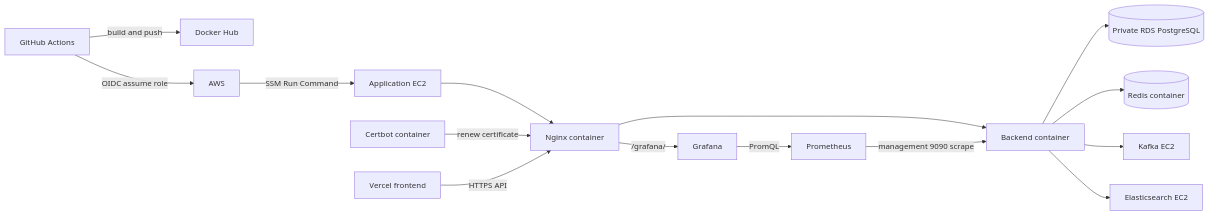
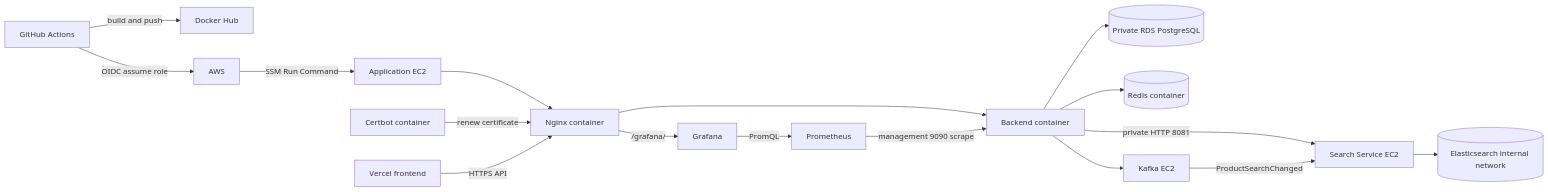
One commit to xixvivji/SKALA-shop-api changed the diagram in deploy/README.md. Above: the diagram before and after it, drawn with Mermaid. The commit also changed other lines of this file and 3 other files, not shown here.

````diff
--- a/deploy/README.md
+++ b/deploy/README.md
@@ -117,17 +117,19 @@
 ```mermaid
 flowchart LR
     GH[GitHub Actions] -->|build and push| DH[Docker Hub]
     GH -->|OIDC assume role| AWS[AWS]
     AWS -->|SSM Run Command| EC2[Application EC2]
     EC2 --> N[Nginx container]
     N --> B[Backend container]
     B --> R[(Private RDS PostgreSQL)]
     B --> RD[(Redis container)]
     B --> K[Kafka EC2]
-    B --> E[Elasticsearch EC2]
+    B -->|private HTTP 8081| S[Search Service EC2]
+    K -->|ProductSearchChanged| S
+    S --> E[(Elasticsearch internal network)]
     P[Prometheus] -->|management 9090 scrape| B
     GR[Grafana] -->|PromQL| P
     N -->|/grafana/| GR
     C[Certbot container] -->|renew certificate| N
     V[Vercel frontend] -->|HTTPS API| N
 ```
````
